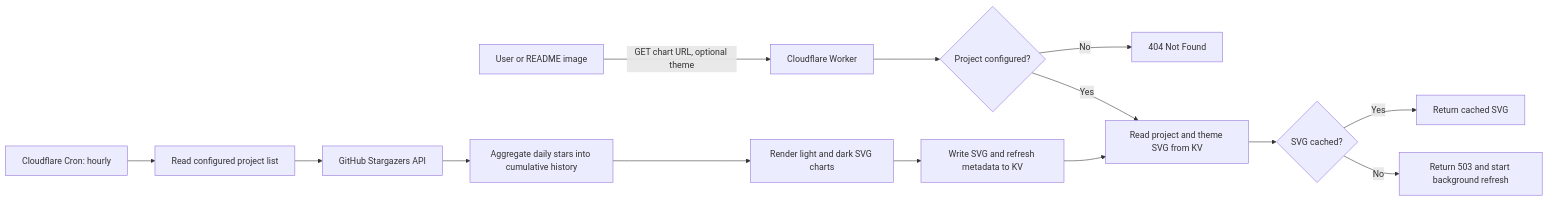
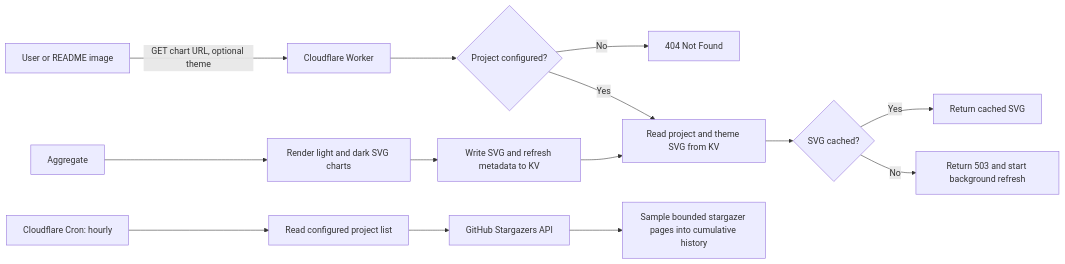
The diagram in docs/design.md (yuhp/starfolio-worker), drawn with Mermaid before and after one commit. The commit also changed other lines of this file and 8 other files, not shown here.

````diff
--- a/docs/design.md
+++ b/docs/design.md
@@ -9,17 +9,17 @@
 ```mermaid
 flowchart LR
   User[User or README image] -->|"GET chart URL, optional theme"| Worker[Cloudflare Worker]
   Worker --> Config{Project configured?}
   Config -->|No| NotFound[404 Not Found]
   Config -->|Yes| ReadKV[Read project and theme SVG from KV]
   ReadKV --> Cached{SVG cached?}
   Cached -->|Yes| SVG[Return cached SVG]
   Cached -->|No| ColdStart[Return 503 and start background refresh]
 
   Cron[Cloudflare Cron: hourly] --> Projects[Read configured project list]
   Projects --> GitHub[GitHub Stargazers API]
-  GitHub --> Aggregate[Aggregate daily stars into cumulative history]
+   GitHub --> Sample[Sample bounded stargazer pages into cumulative history]
   Aggregate --> Render[Render light and dark SVG charts]
   Render --> WriteKV[Write SVG and refresh metadata to KV]
   WriteKV --> ReadKV
 ```
````
